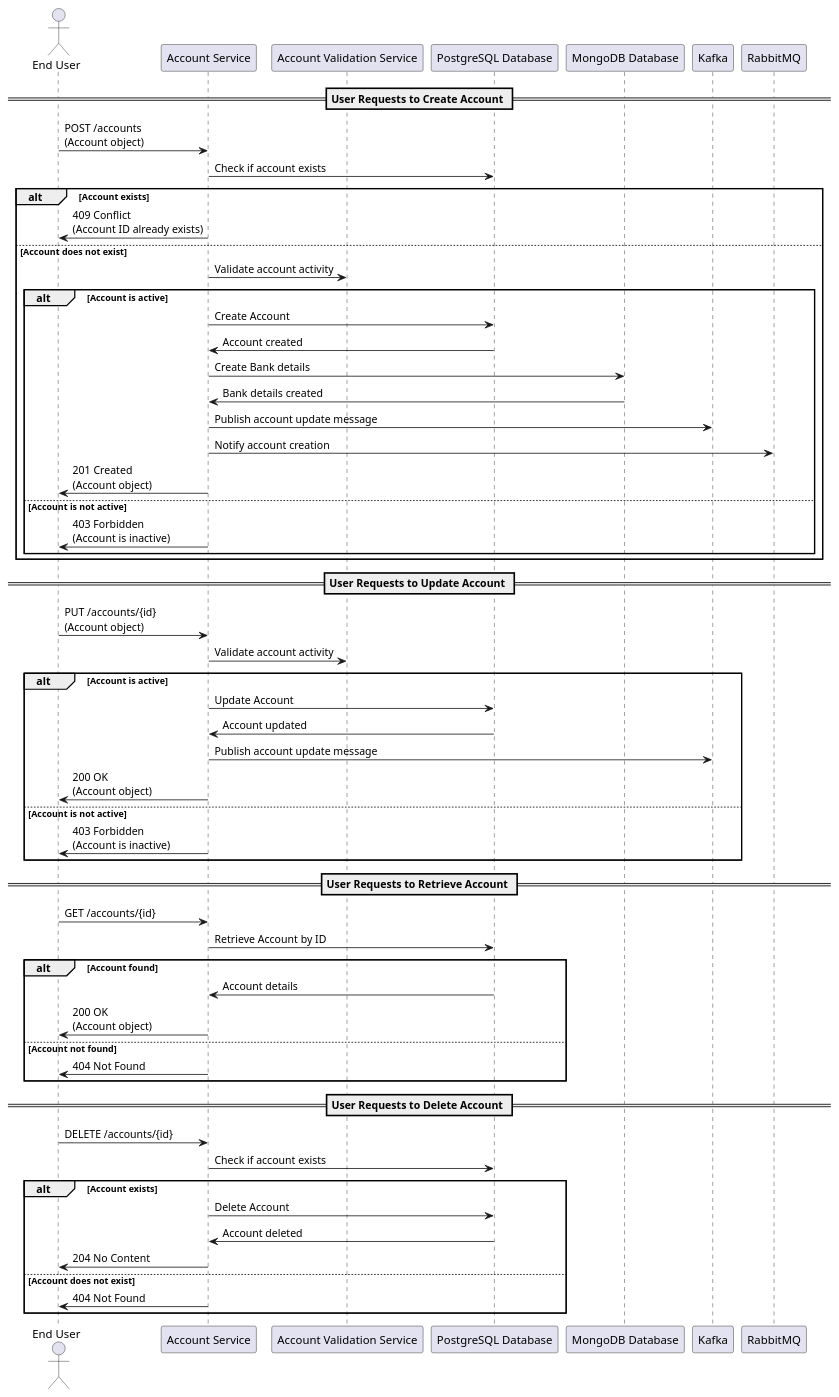
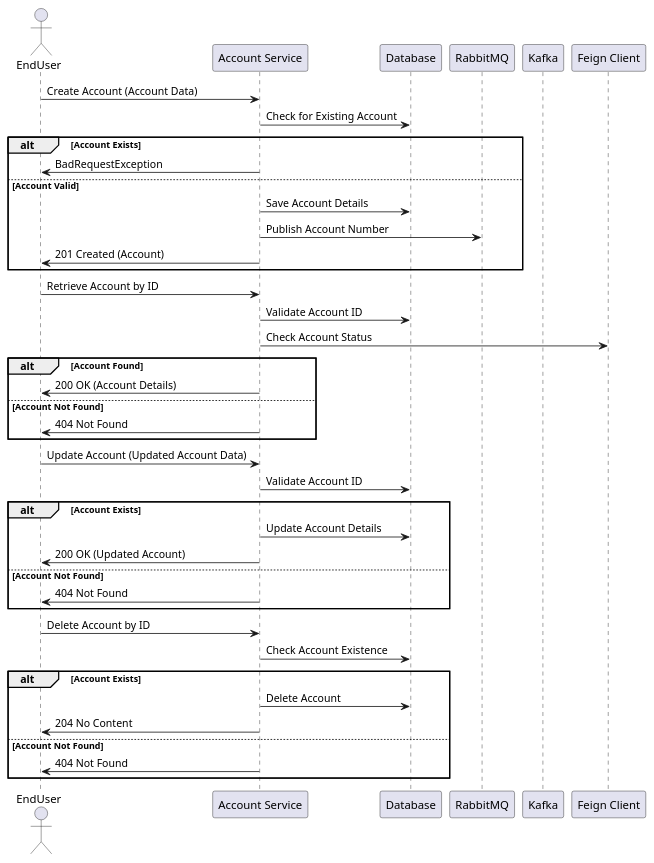
The diagram in design_document/Account_service.md (Bhaskar-Pavan/AccountService), drawn with PlantUML before and after one commit. The commit also changed other lines of this file, not shown here.

````diff
--- a/design_document/Account_service.md
+++ b/design_document/Account_service.md
@@ -37,65 +40,48 @@
 ```plantuml
 @startuml
-actor "End User" as User
-participant "Account Service" as AccountService
-participant "Account Validation Service" as ValidationService
-participant "PostgreSQL Database" as PostgreSQL
-participant "MongoDB Database" as MongoDB
+actor EndUser as User
+participant "Account Service" as Service
+participant "Database" as DB
+participant "RabbitMQ" as Rabbit
 participant "Kafka" as Kafka
-participant "RabbitMQ" as RabbitMQ
+participant "Feign Client" as FeignClient
 
-== User Requests to Create Account ==
-User -> AccountService : POST /accounts\n(Account object)
-AccountService -> PostgreSQL : Check if account exists
-alt Account exists
-    AccountService -> User : 409 Conflict\n(Account ID already exists)
-else Account does not exist
-    AccountService -> ValidationService : Validate account activity
-    alt Account is active
-        AccountService -> PostgreSQL : Create Account
-        PostgreSQL -> AccountService : Account created
-        AccountService -> MongoDB : Create Bank details
-        MongoDB -> AccountService : Bank details created
-        AccountService -> Kafka : Publish account update message
-        AccountService -> RabbitMQ : Notify account creation
-        AccountService -> User : 201 Created\n(Account object)
-    else Account is not active
-        AccountService -> User : 403 Forbidden\n(Account is inactive)
-    end
+User -> Service: Create Account (Account Data)
+Service -> DB: Check for Existing Account
+alt Account Exists
+    Service -> User: BadRequestException
+else Account Valid
+    Service -> DB: Save Account Details
+    Service -> Rabbit: Publish Account Number
+    Service -> User: 201 Created (Account)
 end
 
-== User Requests to Update Account ==
-User -> AccountService : PUT /accounts/{id}\n(Account object)
-AccountService -> ValidationService : Validate account activity
-alt Account is active
-    AccountService -> PostgreSQL : Update Account
-    PostgreSQL -> AccountService : Account updated
-    AccountService -> Kafka : Publish account update message
-    AccountService -> User : 200 OK\n(Account object)
-else Account is not active
-    AccountService -> User : 403 Forbidden\n(Account is inactive)
+User -> Service: Retrieve Account by ID
+Service -> DB: Validate Account ID
+Service -> FeignClient: Check Account Status
+alt Account Found
+    Service -> User: 200 OK (Account Details)
+else Account Not Found
+    Service -> User: 404 Not Found
 end
 
-== User Requests to Retrieve Account ==
-User -> AccountService : GET /accounts/{id}
-AccountService -> PostgreSQL : Retrieve Account by ID
-alt Account found
-    PostgreSQL -> AccountService : Account details
-    AccountService -> User : 200 OK\n(Account object)
-else Account not found
-    AccountService -> User : 404 Not Found
+User -> Service: Update Account (Updated Account Data)
+Service -> DB: Validate Account ID
+alt Account Exists
+    Service -> DB: Update Account Details
+    Service -> User: 200 OK (Updated Account)
+else Account Not Found
+    Service -> User: 404 Not Found
 end
 
-== User Requests to Delete Account ==
-User -> AccountService : DELETE /accounts/{id}
-AccountService -> PostgreSQL : Check if account exists
-alt Account exists
-    AccountService -> PostgreSQL : Delete Account
-    PostgreSQL -> AccountService : Account deleted
-    AccountService -> User : 204 No Content
-else Account does not exist
-    AccountService -> User : 404 Not Found
+User -> Service: Delete Account by ID
+Service -> DB: Check Account Existence
+alt Account Exists
+    Service -> DB: Delete Account
+    Service -> User: 204 No Content
+else Account Not Found
+    Service -> User: 404 Not Found
 end
 
 @enduml
 ```
````
